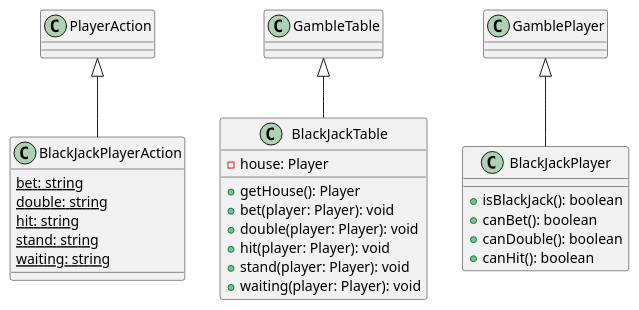
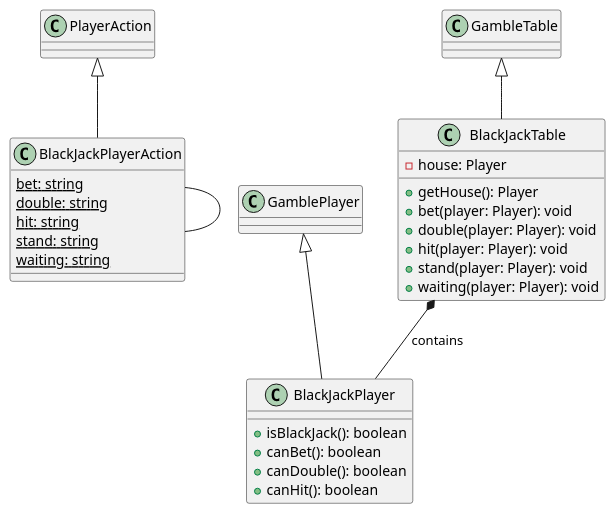
One commit to recursion-teamdev-teamd/devlog changed the diagram in uml/akiba/BlackJack.puml. Above: the diagram before and after it, drawn with PlantUML. The commit also changed 9 other files, not shown here.

Commit message:
done creating uml akiba

```diff
--- a/uml/akiba/BlackJack.puml
+++ b/uml/akiba/BlackJack.puml
@@ -1,24 +1,28 @@
 class BlackJackPlayerAction extends PlayerAction{
   {static}bet: string
   {static}double: string
   {static}hit: string
   {static}stand: string
   {static}waiting: string
 }
 
 class BlackJackTable extends GambleTable{
   -house: Player
   +getHouse(): Player
   +bet(player: Player): void
   +double(player: Player): void
   +hit(player: Player): void
   +stand(player: Player): void
   +waiting(player: Player): void
 }
 
 class BlackJackPlayer extends GamblePlayer{
   +isBlackJack(): boolean
   +canBet(): boolean
   +canDouble(): boolean
   +canHit(): boolean
 }
+
+
+  BlackJackTable *-- BlackJackPlayer :contains
+  BlackJackPlayerAction -- BlackJackPlayerAction
```
